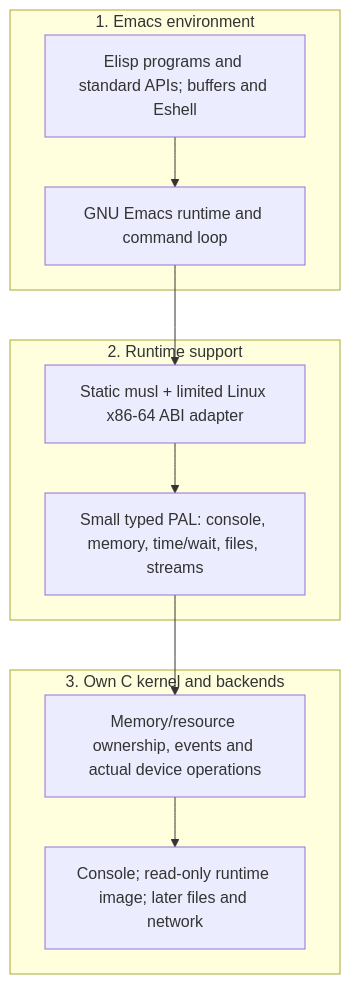
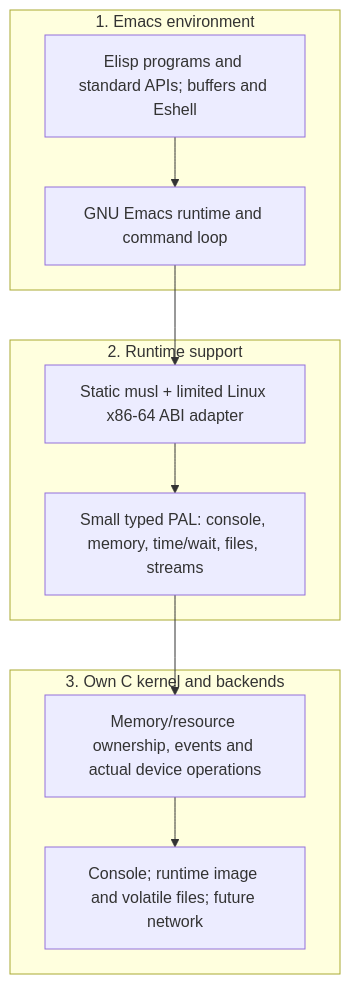
Before and after one commit to suxiaogang223/emacsos: the diagram in docs/design.md, drawn with Mermaid. The commit also changed other lines of this file and 16 other files, not shown here.

````diff
--- a/docs/design.md
+++ b/docs/design.md
@@ -19,20 +21,20 @@
 ```mermaid
 flowchart TB
     subgraph environment["1. Emacs environment"]
       tools["Elisp programs and standard APIs; buffers and Eshell"]
       runtime["GNU Emacs runtime and command loop"]
       tools --> runtime
     end
     subgraph support["2. Runtime support"]
       adapter["Static musl + limited Linux x86-64 ABI adapter"]
       pal["Small typed PAL: console, memory, time/wait, files, streams"]
       adapter --> pal
     end
     subgraph kernel["3. Own C kernel and backends"]
       core["Memory/resource ownership, events and actual device operations"]
-      backend["Console; read-only runtime image; later files and network"]
+      backend["Console; runtime image and volatile files; future network"]
       core --> backend
     end
     runtime --> adapter
     pal --> core
 ```
````
